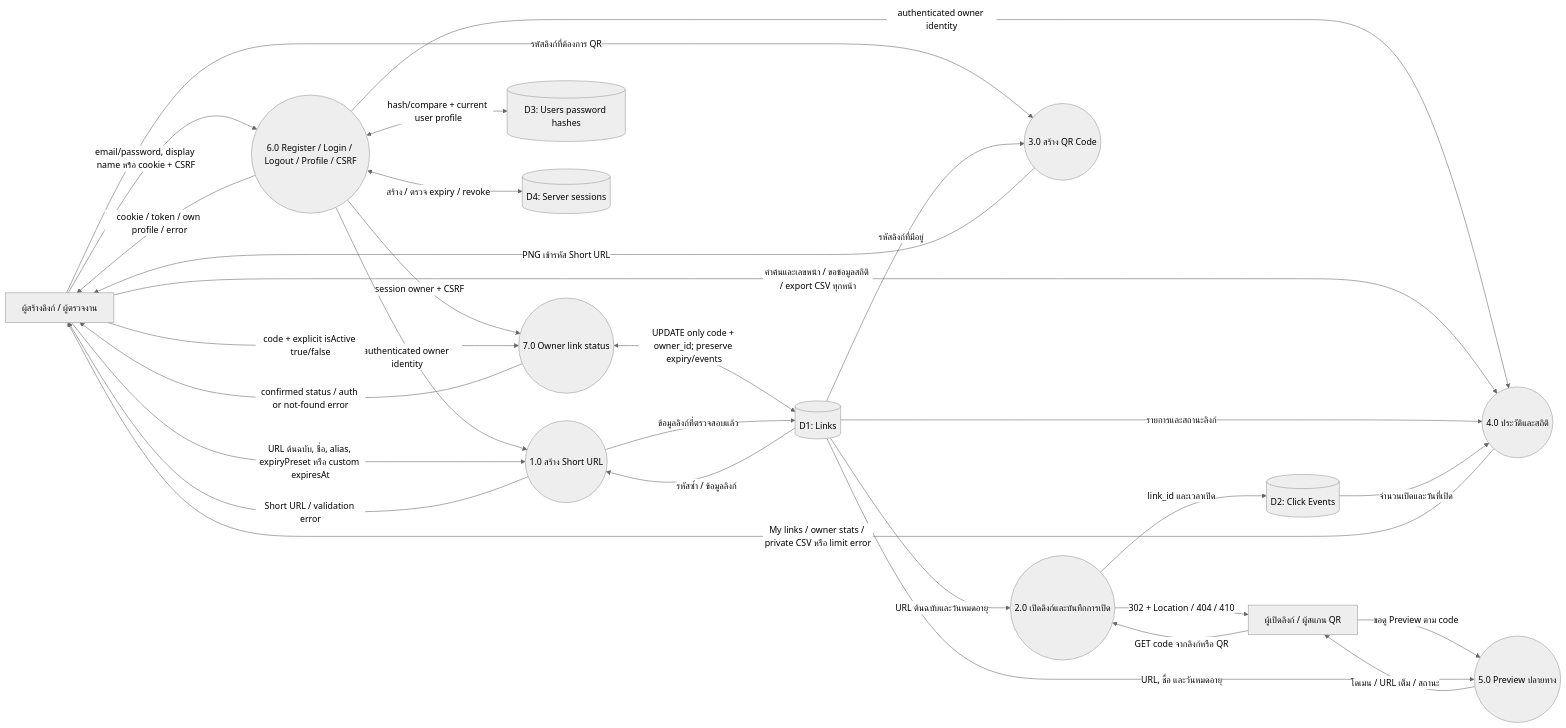
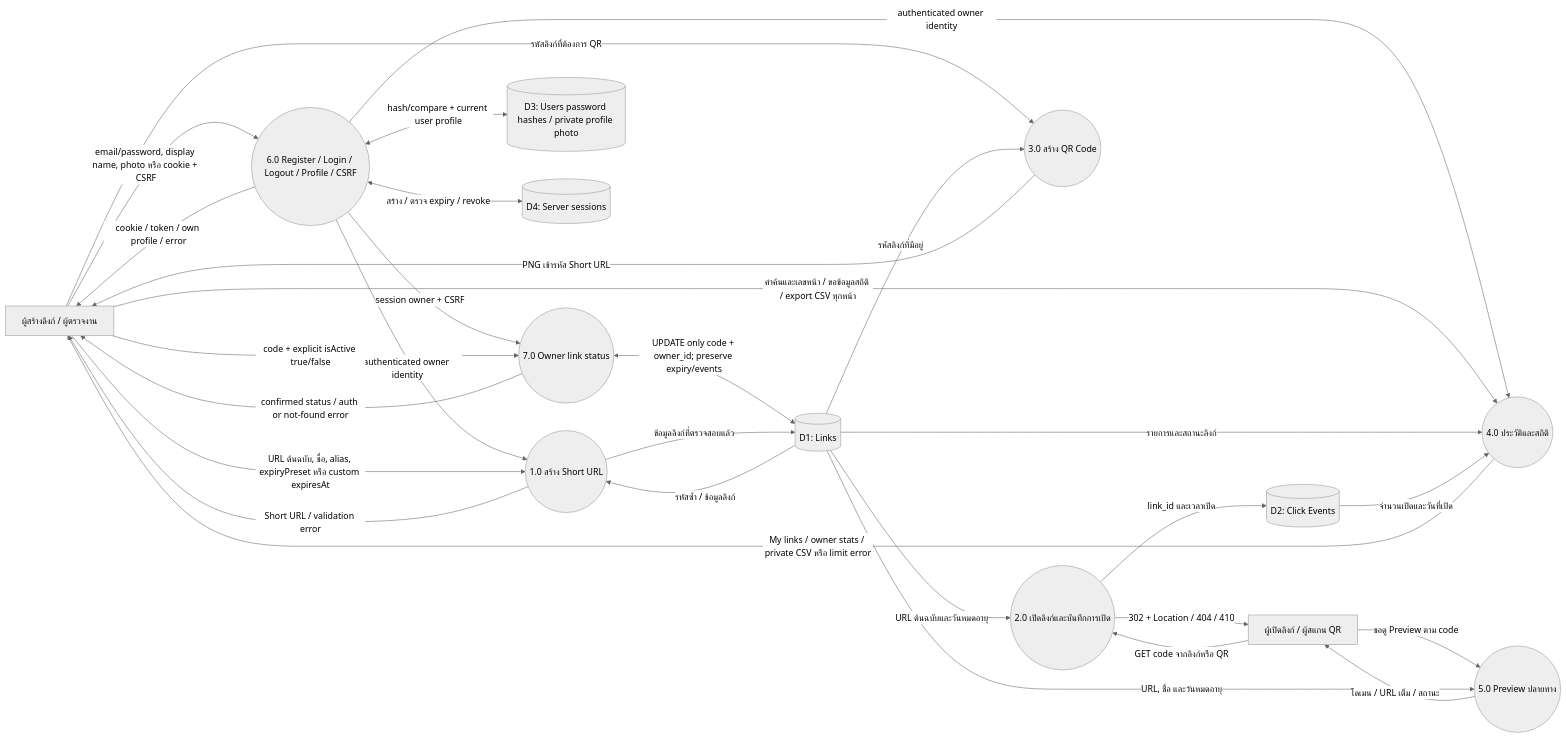
Before and after one commit to nicky-wrc/short-url-system: the first of 6 diagrams in docs/DIAGRAMS.md, drawn with Mermaid (neutral theme). The commit also changed other lines of this file and 19 other files, not shown here.

````diff
--- a/docs/DIAGRAMS.md
+++ b/docs/DIAGRAMS.md
@@ -9,44 +9,44 @@
 ```mermaid
 flowchart LR
     U["ผู้สร้างลิงก์ / ผู้ตรวจงาน"]
     V["ผู้เปิดลิงก์ / ผู้สแกน QR"]
     P1(("1.0 สร้าง Short URL"))
     P2(("2.0 เปิดลิงก์และบันทึกการเปิด"))
     P3(("3.0 สร้าง QR Code"))
     P4(("4.0 ประวัติและสถิติ"))
     P5(("5.0 Preview ปลายทาง"))
     P6(("6.0 Register / Login / Logout / Profile / CSRF"))
     P7(("7.0 Owner link status"))
     D1[("D1: Links")]
     D2[("D2: Click Events")]
-    D3[("D3: Users password hashes")]
+    D3[("D3: Users password hashes / private profile photo")]
     D4[("D4: Server sessions")]
-    U -->|"email/password, display name หรือ cookie + CSRF"| P6
+    U -->|"email/password, display name, photo หรือ cookie + CSRF"| P6
     P6 <-->|"hash/compare + current user profile"| D3
     P6 <-->|"สร้าง / ตรวจ expiry / revoke"| D4
     P6 -->|"authenticated owner identity"| P1
     P6 -->|"authenticated owner identity"| P4
     P6 -->|"session owner + CSRF"| P7
     U -->|"code + explicit isActive true/false"| P7
     P7 <-->|"UPDATE only code + owner_id; preserve expiry/events"| D1
     P7 -->|"confirmed status / auth or not-found error"| U
     P6 -->|"cookie / token / own profile / error"| U
     U -->|"URL ต้นฉบับ, ชื่อ, alias, expiryPreset หรือ custom expiresAt"| P1
     P1 -->|"ข้อมูลลิงก์ที่ตรวจสอบแล้ว"| D1
     D1 -->|"รหัสซ้ำ / ข้อมูลลิงก์"| P1
     P1 -->|"Short URL / validation error"| U
     V -->|"GET code จากลิงก์หรือ QR"| P2
     D1 -->|"URL ต้นฉบับและวันหมดอายุ"| P2
     P2 -->|"link_id และเวลาเปิด"| D2
     P2 -->|"302 + Location / 404 / 410"| V
     U -->|"รหัสลิงก์ที่ต้องการ QR"| P3
     D1 -->|"รหัสลิงก์ที่มีอยู่"| P3
     P3 -->|"PNG เข้ารหัส Short URL"| U
     U -->|"คำค้นและเลขหน้า / ขอข้อมูลสถิติ / export CSV ทุกหน้า"| P4
     D1 -->|"รายการและสถานะลิงก์"| P4
     D2 -->|"จำนวนเปิดและวันที่เปิด"| P4
     P4 -->|"My links / owner stats / private CSV หรือ limit error"| U
     V -->|"ขอดู Preview ตาม code"| P5
     D1 -->|"URL, ชื่อ และวันหมดอายุ"| P5
     P5 -->|"โดเมน / URL เต็ม / สถานะ"| V
 ```
````
